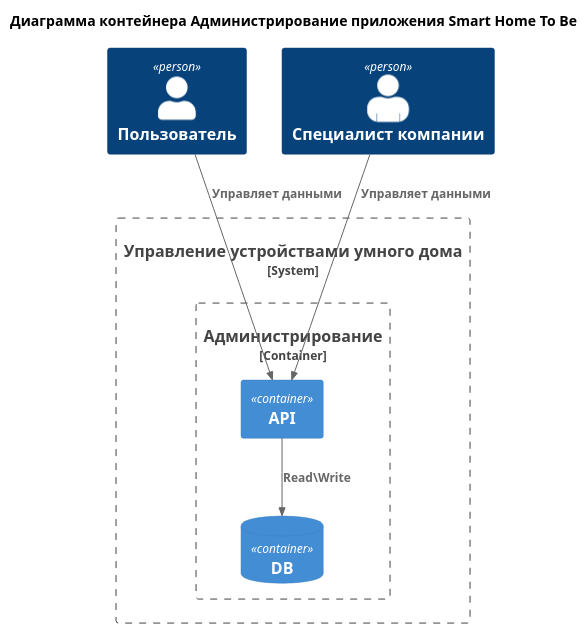
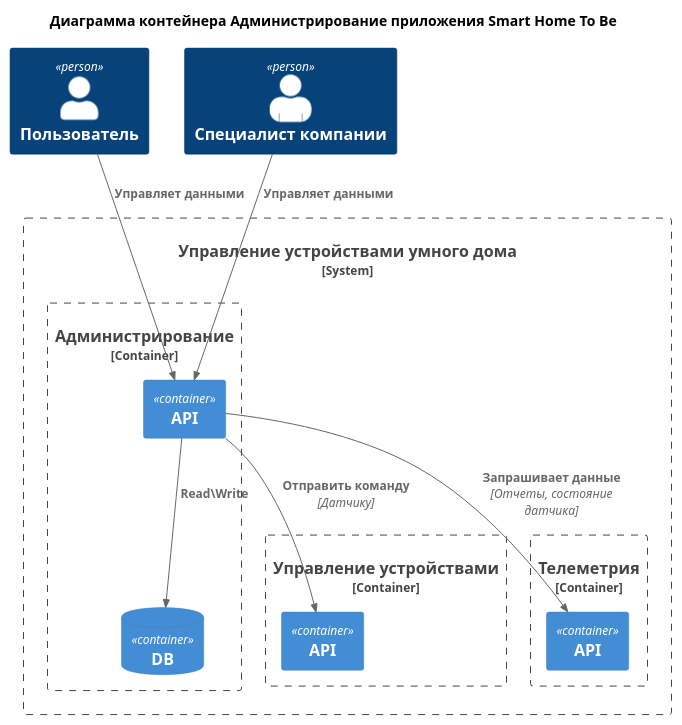
One commit to bezdelnique/ydnx-arch-sprint1 changed the diagram in docs/To Be Container Administration.puml. Above: the diagram before and after it, drawn with PlantUML. The commit also changed 2 other files, not shown here.

Commit message:
To Be C4 diagrams

```diff
--- a/docs/To Be Container Administration.puml
+++ b/docs/To Be Container Administration.puml
@@ -1,24 +1,34 @@
 @startuml
 title "Диаграмма контейнера Администрирование приложения Smart Home To Be"
 
 top to bottom direction
 
 !include C4/C4_Container.puml
 
 Person(User, "Пользователь")
 Person(Specialist, "Специалист компании", "", person2)
 
 System_Boundary(Domain, "Управление устройствами умного дома") {
     Container_Boundary("Administration", "Администрирование") {
         Container(AdministrationApi, "API")
         ContainerDb(AdministrationDb, "DB")
     }
+
+    Container_Boundary(SubdomainManageDevice, "Управление устройствами") {
+        Container(ManageDeviceApi, "API")
+    }
+
+    Container_Boundary(SubdomainTelemetry, "Телеметрия") {
+        Container(TelemetryApi, "API")
+    }
 }
 
 Rel(AdministrationApi, AdministrationDb, "Read\Write")
+Rel(AdministrationApi, TelemetryApi, "Запрашивает данные", "Отчеты, состояние датчика")
+Rel(AdministrationApi, ManageDeviceApi, "Отправить команду", "Датчику")
 
 Rel(Specialist, AdministrationApi, "Управляет данными")
 Rel(User, AdministrationApi, "Управляет данными")
 
 
 @enduml
```
